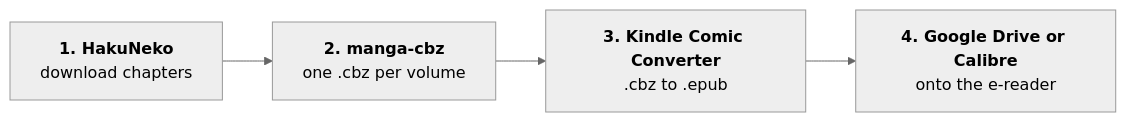
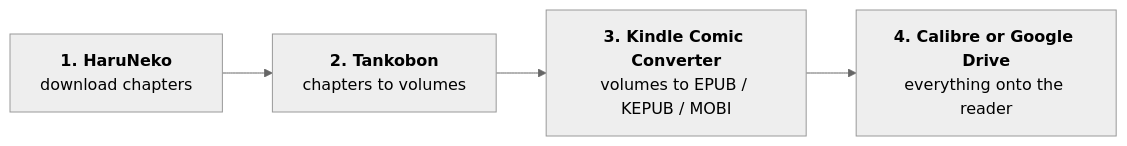
One commit to YatoVoid/manga-to-ereader changed the diagram in README.md. Above: the diagram before and after it, drawn with Mermaid (neutral theme). The commit also changed other lines of this file and 25 other files, not shown here.

First line of the commit message:
Rename to manga-to-ereader with the Tankobon app, add screenshots

````diff
--- a/README.md
+++ b/README.md
@@ -30,6 +22,6 @@
 ```mermaid
 flowchart LR
-    A["<b>1. HakuNeko</b><br/>download chapters"] --> B["<b>2. manga-cbz</b><br/>one .cbz per volume"]
-    B --> C["<b>3. Kindle Comic Converter</b><br/>.cbz to .epub"]
-    C --> D["<b>4. Google Drive or Calibre</b><br/>onto the e-reader"]
+    A["<b>1. HaruNeko</b><br/>download chapters"] --> B["<b>2. Tankobon</b><br/>chapters to volumes"]
+    B --> C["<b>3. Kindle Comic Converter</b><br/>volumes to EPUB / KEPUB / MOBI"]
+    C --> D["<b>4. Calibre or Google Drive</b><br/>everything onto the reader"]
 ```
````
